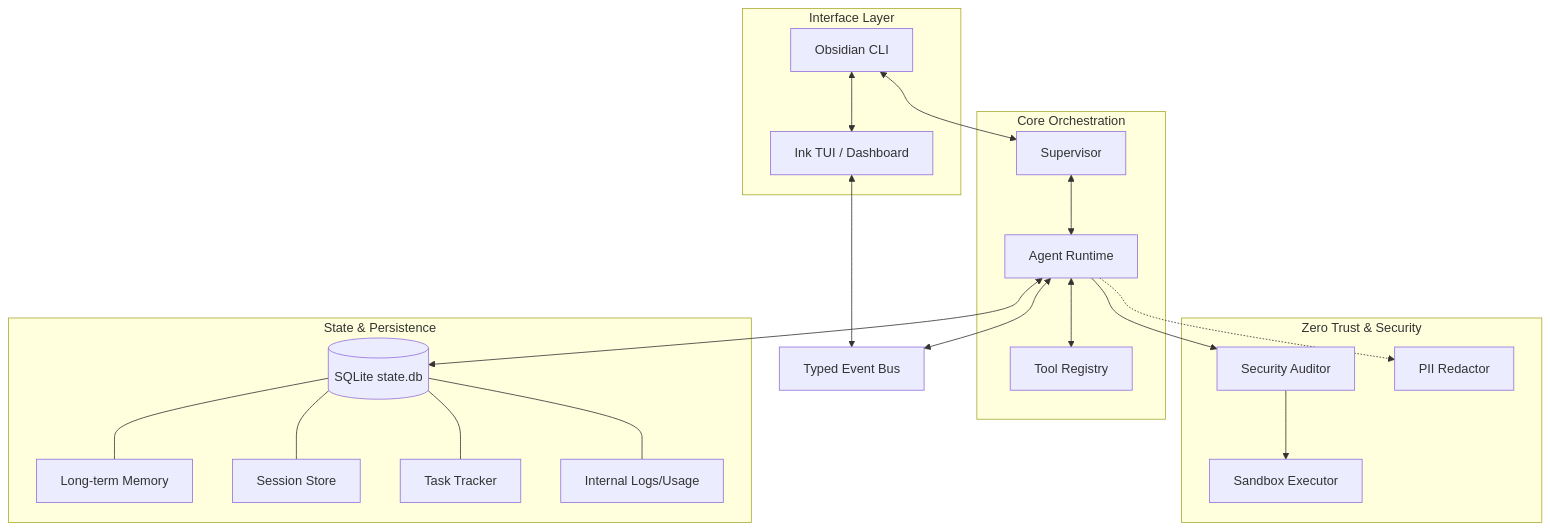
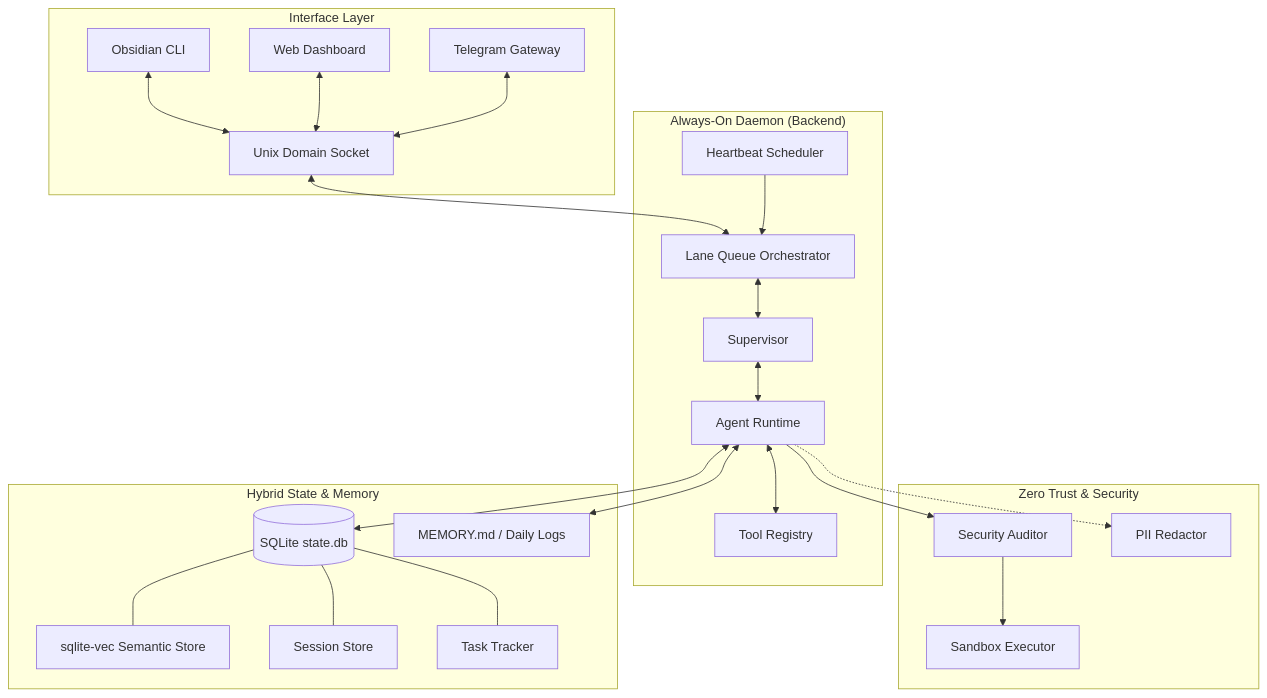
Before and after one commit to AuroraDeveloperOps/obsidian-next: the diagram in docs/ARCHITECTURE.md, drawn with Mermaid. The commit also changed other lines of this file and 39 other files, not shown here.

First line of the commit message:
feat(core): Transform agent into a global autonomous daemon

````diff
--- a/docs/ARCHITECTURE.md
+++ b/docs/ARCHITECTURE.md
@@ -40,29 +18,30 @@
 ```mermaid
 graph TD
     subgraph "Interface Layer"
-        CLI[Obsidian CLI] <--> Dashboard[Ink TUI / Dashboard]
+        CLI[Obsidian CLI] <--> Socket[Unix Domain Socket]
+        Web[Web Dashboard] <--> Socket
+        TG[Telegram Gateway] <--> Socket
     end
 
-    subgraph "Core Orchestration"
-        Supervisor[Supervisor] <--> Agent[Agent Runtime]
+    subgraph "Always-On Daemon (Backend)"
+        Socket <--> LaneQueue[Lane Queue Orchestrator]
+        LaneQueue <--> Supervisor[Supervisor]
+        Supervisor <--> Agent[Agent Runtime]
         Agent <--> Tools[Tool Registry]
+        Scheduler[Heartbeat Scheduler] --> LaneQueue
     end
 
     subgraph "Zero Trust & Security"
         Agent --> Auditor[Security Auditor]
         Auditor --> Sandbox[Sandbox Executor]
         Agent -.-> Redactor[PII Redactor]
     end
 
-    subgraph "State & Persistence"
+    subgraph "Hybrid State & Memory"
         Agent <--> DB[(SQLite state.db)]
-        DB --- Memos[Long-term Memory]
+        DB --- Vector[sqlite-vec Semantic Store]
         DB --- Sessions[Session Store]
         DB --- Tasks[Task Tracker]
-        DB --- Internal[Internal Logs/Usage]
+        Agent <--> MD[MEMORY.md / Daily Logs]
     end
-
-    CLI <--> Supervisor
-    Dashboard <--> bus[Typed Event Bus]
-    Agent <--> bus
 ```
````
